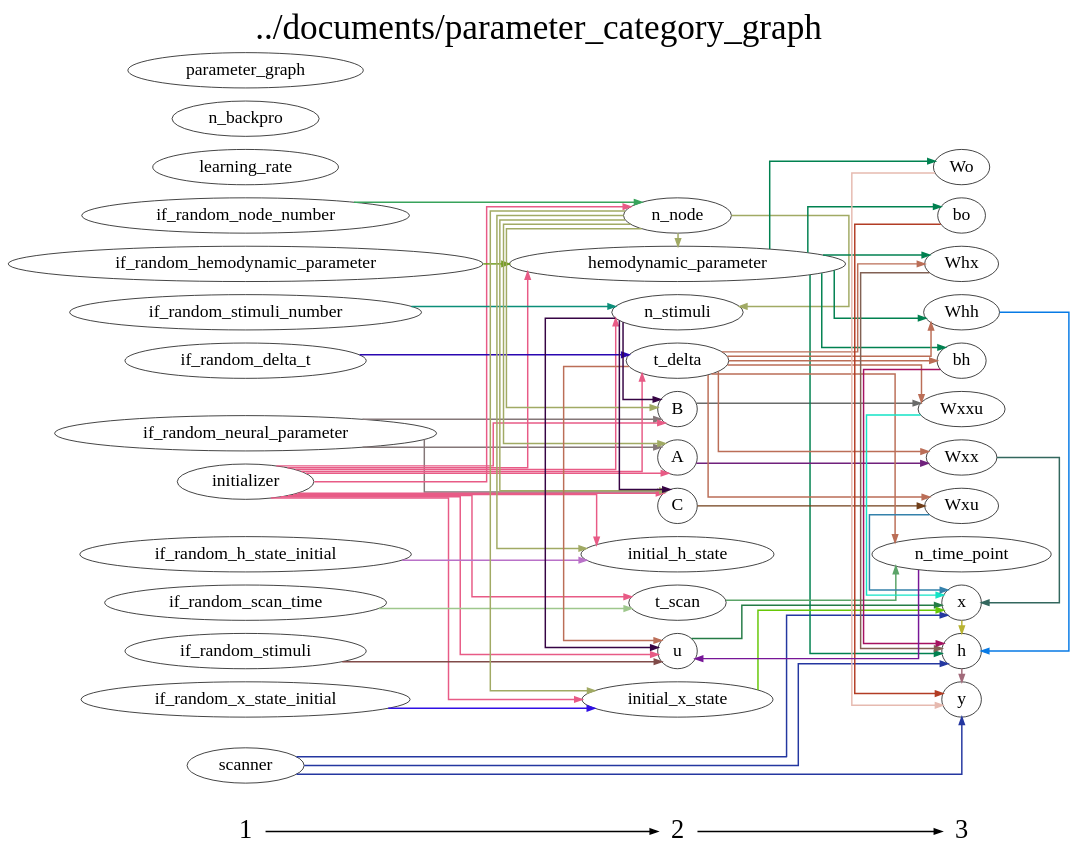
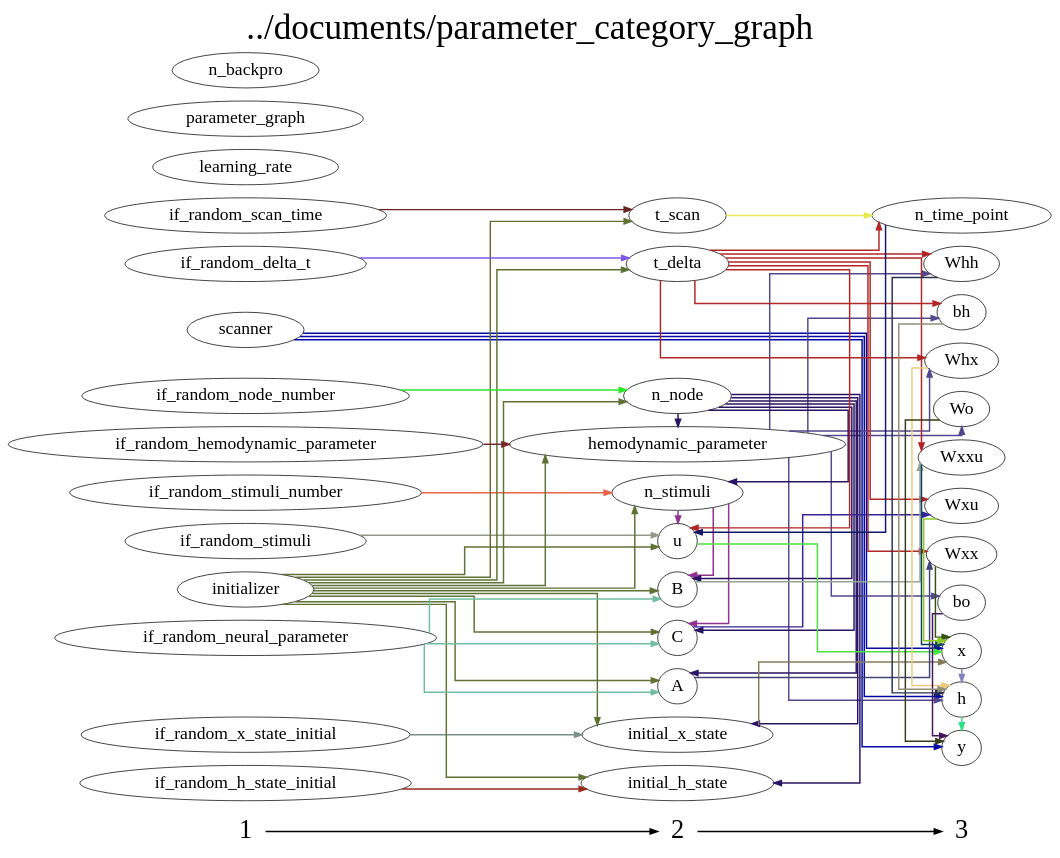
The diagram in DCM_RNN/documents/parameter_category_graph.gv (YuanWangOnward/DCM_RNN), drawn with Graphviz before and after one commit. The commit also changed 7 other files, not shown here.

```diff
--- a/DCM_RNN/documents/parameter_category_graph.gv
+++ b/DCM_RNN/documents/parameter_category_graph.gv
@@ -1,132 +1,132 @@
 digraph G {
           splines=ortho;
           fontsize = 48;
           rankdir = "LR";
           node[fontsize=24];
           edge[penwidth=2];
           {
           node [shape=plaintext fontsize=36];
           1 -> 
           2 -> 
           3
           }
           {rank = same;
           1;
+          scanner;
+          learning_rate;
+          if_random_stimuli;
+          if_random_x_state_initial;
+          if_random_stimuli_number;
+          initializer;
+          if_random_scan_time;
+          if_random_hemodynamic_parameter;
+          parameter_graph;
           if_random_node_number;
+          if_random_h_state_initial;
+          if_random_delta_t;
           if_random_neural_parameter;
-          initializer;
-          if_random_stimuli;
-          scanner;
-          if_random_hemodynamic_parameter;
-          if_random_scan_time;
-          if_random_delta_t;
-          learning_rate;
           n_backpro;
-          if_random_h_state_initial;
-          if_random_stimuli_number;
-          if_random_x_state_initial;
-          parameter_graph;
           }
           {rank = same;
           2;
+          hemodynamic_parameter;
+          n_stimuli;
+          n_node;
+          t_scan;
+          initial_h_state;
+          C;
+          t_delta;
+          initial_x_state;
           u;
           B;
-          n_node;
-          hemodynamic_parameter;
           A;
-          C;
-          initial_h_state;
-          initial_x_state;
-          t_scan;
-          t_delta;
-          n_stimuli;
           }
           {rank = same;
           3;
+          n_time_point;
+          Whx;
           Wxxu;
+          y;
           Wo;
-          y;
+          Wxx;
+          bo;
+          Whh;
+          Wxu;
+          x;
           h;
-          Whx;
-          Whh;
-          x;
           bh;
-          Wxu;
-          bo;
-          Wxx;
-          n_time_point;
           }
-          h -> y [color="#A26A7A"];
-          Wo -> y [color="#E6BAB0"];
-          u -> x [color="#247B46"];
-          if_random_node_number -> n_node [color="#38A35B"];
-          if_random_neural_parameter -> B [color="#847778"];
-          if_random_neural_parameter -> A [color="#847778"];
-          if_random_neural_parameter -> C [color="#847778"];
+          hemodynamic_parameter -> Whx [color="#54478E"];
+          hemodynamic_parameter -> Wo [color="#54478E"];
+          hemodynamic_parameter -> bo [color="#54478E"];
+          hemodynamic_parameter -> Whh [color="#54478E"];
+          hemodynamic_parameter -> h [color="#54478E"];
+          hemodynamic_parameter -> bh [color="#54478E"];
+          Wo -> y [color="#363C19"];
+          parameter_graph ;
+          n_time_point -> u [color="#111868"];
+          learning_rate ;
+          if_random_stimuli -> u [color="#949887"];
+          h -> y [color="#2EE087"];
+          Whx -> h [color="#EBCB7B"];
+          if_random_x_state_initial -> initial_x_state [color="#799289"];
+          if_random_stimuli_number -> n_stimuli [color="#E76446"];
+          scanner -> y [color="#0309A2"];
+          scanner -> x [color="#0309A2"];
+          scanner -> h [color="#0309A2"];
+          Wxxu -> x [color="#0C425C"];
+          n_node -> hemodynamic_parameter [color="#291464"];
+          n_node -> n_stimuli [color="#291464"];
+          n_node -> initial_h_state [color="#291464"];
+          n_node -> C [color="#291464"];
+          n_node -> initial_x_state [color="#291464"];
+          n_node -> B [color="#291464"];
+          n_node -> A [color="#291464"];
+          if_random_scan_time -> t_scan [color="#682520"];
+          t_scan -> n_time_point [color="#E9EA52"];
+          if_random_hemodynamic_parameter -> hemodynamic_parameter [color="#742928"];
+          if_random_delta_t -> t_delta [color="#7B56E7"];
           y ;
-          bo -> y [color="#B23C24"];
-          Whx -> h [color="#826154"];
-          B -> Wxxu [color="#696B6A"];
-          initializer -> u [color="#E85B86"];
-          initializer -> B [color="#E85B86"];
-          initializer -> n_node [color="#E85B86"];
-          initializer -> hemodynamic_parameter [color="#E85B86"];
-          initializer -> A [color="#E85B86"];
-          initializer -> C [color="#E85B86"];
-          initializer -> initial_h_state [color="#E85B86"];
-          initializer -> initial_x_state [color="#E85B86"];
-          initializer -> t_scan [color="#E85B86"];
-          initializer -> t_delta [color="#E85B86"];
-          initializer -> n_stimuli [color="#E85B86"];
-          if_random_stimuli -> u [color="#804B49"];
-          Whh -> h [color="#077AE5"];
-          scanner -> y [color="#2437A0"];
-          scanner -> h [color="#2437A0"];
-          scanner -> x [color="#2437A0"];
-          hemodynamic_parameter -> Wo [color="#008150"];
-          hemodynamic_parameter -> h [color="#008150"];
-          hemodynamic_parameter -> Whx [color="#008150"];
-          hemodynamic_parameter -> Whh [color="#008150"];
-          hemodynamic_parameter -> bh [color="#008150"];
-          hemodynamic_parameter -> bo [color="#008150"];
-          A -> Wxx [color="#70217C"];
-          if_random_hemodynamic_parameter -> hemodynamic_parameter [color="#6E9A1B"];
-          if_random_scan_time -> t_scan [color="#9EC78C"];
-          if_random_delta_t -> t_delta [color="#2A07B1"];
-          learning_rate ;
-          x -> h [color="#B8B332"];
-          bh -> h [color="#A51261"];
-          Wxu -> x [color="#3481AB"];
-          C -> Wxu [color="#703E19"];
+          if_random_node_number -> n_node [color="#2AE728"];
+          if_random_h_state_initial -> initial_h_state [color="#982A1C"];
+          initial_x_state -> x [color="#877B5C"];
           initial_h_state ;
+          C -> Wxu [color="#352598"];
+          initializer -> hemodynamic_parameter [color="#5E7233"];
+          initializer -> n_stimuli [color="#5E7233"];
+          initializer -> n_node [color="#5E7233"];
+          initializer -> t_scan [color="#5E7233"];
+          initializer -> initial_h_state [color="#5E7233"];
+          initializer -> C [color="#5E7233"];
+          initializer -> t_delta [color="#5E7233"];
+          initializer -> initial_x_state [color="#5E7233"];
+          initializer -> u [color="#5E7233"];
+          initializer -> B [color="#5E7233"];
+          initializer -> A [color="#5E7233"];
+          if_random_neural_parameter -> C [color="#70BCA0"];
+          if_random_neural_parameter -> B [color="#70BCA0"];
+          if_random_neural_parameter -> A [color="#70BCA0"];
+          bo -> y [color="#44185A"];
           n_backpro ;
-          if_random_h_state_initial -> initial_h_state [color="#B971C8"];
-          n_node -> B [color="#A1AA64"];
-          n_node -> hemodynamic_parameter [color="#A1AA64"];
-          n_node -> A [color="#A1AA64"];
-          n_node -> C [color="#A1AA64"];
-          n_node -> initial_h_state [color="#A1AA64"];
-          n_node -> initial_x_state [color="#A1AA64"];
-          n_node -> n_stimuli [color="#A1AA64"];
-          if_random_stimuli_number -> n_stimuli [color="#0C8E79"];
-          if_random_x_state_initial -> initial_x_state [color="#3010E5"];
-          Wxxu -> x [color="#13E4C6"];
-          initial_x_state -> x [color="#66C706"];
-          t_scan -> n_time_point [color="#5BA468"];
-          t_delta -> Wxxu [color="#BB6E57"];
-          t_delta -> u [color="#BB6E57"];
-          t_delta -> Whx [color="#BB6E57"];
-          t_delta -> Whh [color="#BB6E57"];
-          t_delta -> bh [color="#BB6E57"];
-          t_delta -> Wxu [color="#BB6E57"];
-          t_delta -> Wxx [color="#BB6E57"];
-          t_delta -> n_time_point [color="#BB6E57"];
-          parameter_graph ;
-          Wxx -> x [color="#33675E"];
-          n_stimuli -> u [color="#360444"];
-          n_stimuli -> B [color="#360444"];
-          n_stimuli -> C [color="#360444"];
-          n_time_point -> u [color="#771697"];
+          Whh -> h [color="#2A304E"];
+          t_delta -> n_time_point [color="#B12725"];
+          t_delta -> Whx [color="#B12725"];
+          t_delta -> Wxxu [color="#B12725"];
+          t_delta -> Wxx [color="#B12725"];
+          t_delta -> Whh [color="#B12725"];
+          t_delta -> Wxu [color="#B12725"];
+          t_delta -> u [color="#B12725"];
+          t_delta -> bh [color="#B12725"];
+          Wxu -> x [color="#8BCB23"];
+          Wxx -> x [color="#345410"];
+          u -> x [color="#49E23E"];
+          A -> Wxx [color="#404376"];
+          n_stimuli -> C [color="#913191"];
+          n_stimuli -> u [color="#913191"];
+          n_stimuli -> B [color="#913191"];
+          B -> Wxxu [color="#92A492"];
+          bh -> h [color="#928C78"];
+          x -> h [color="#8383BE"];
           labelloc = "t";
           label = "../documents/parameter_category_graph";
 }
```
